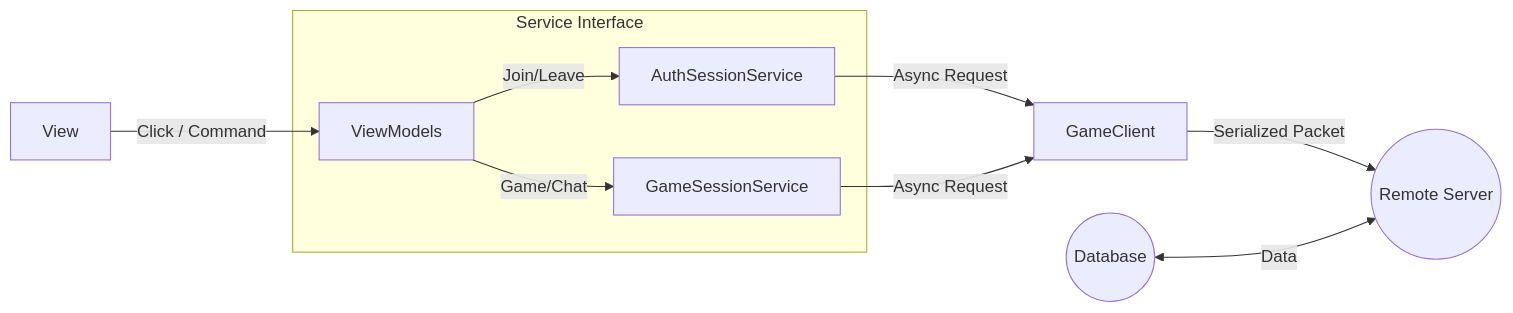
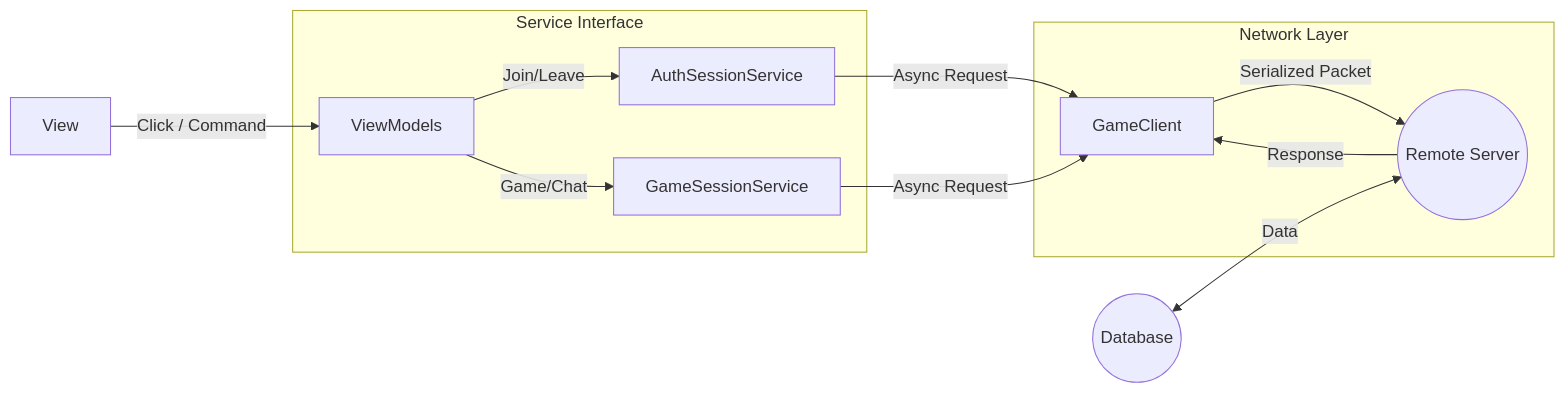
The second of 2 diagrams in README.md (laoraid/gomoku_wpf), drawn with Mermaid before and after one commit. The commit also changed other lines of this file, not shown here.

Commit message:
README.md 업데이트

````diff
--- a/README.md
+++ b/README.md
@@ -76,20 +79,24 @@
 ```mermaid
 graph LR
     %% 사용자 입력
     UI[View] -- "Click / Command" --> VM[ViewModels]
     
     %% VM에서 서비스 호출
     subgraph Interface [Service Interface]
         VM -- "Join/Leave" --> AuthSvc[AuthSessionService]
         VM -- "Game/Chat" --> GameSvc[GameSessionService]
     end
     
     %% 서비스에서 클라이언트로 전달
     AuthSvc -- "Async Request" --> Client[GameClient]
     GameSvc -- "Async Request" --> Client
     
-    %% 최종 송신
-    Client -- "Serialized Packet" --> Server((Remote Server))
+    subgraph Network [Network Layer]
+        %% 최종 송신
+        Client -- "Serialized Packet" --> Server((Remote Server))
+        %% 응답
+        Server -- "Response" --> Client
+    end
     %% DB 처리
     DB((Database)) -- "Data" <--> Server
 ```
````
